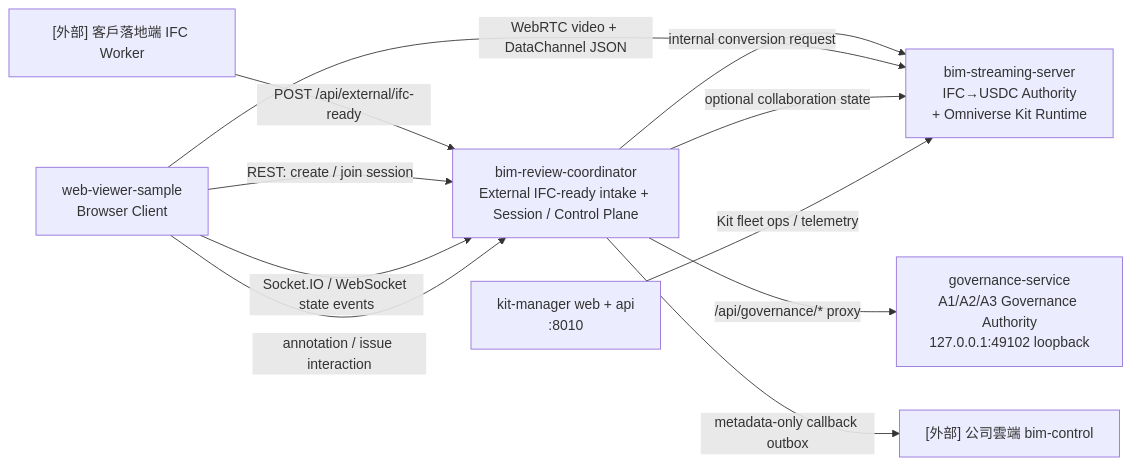
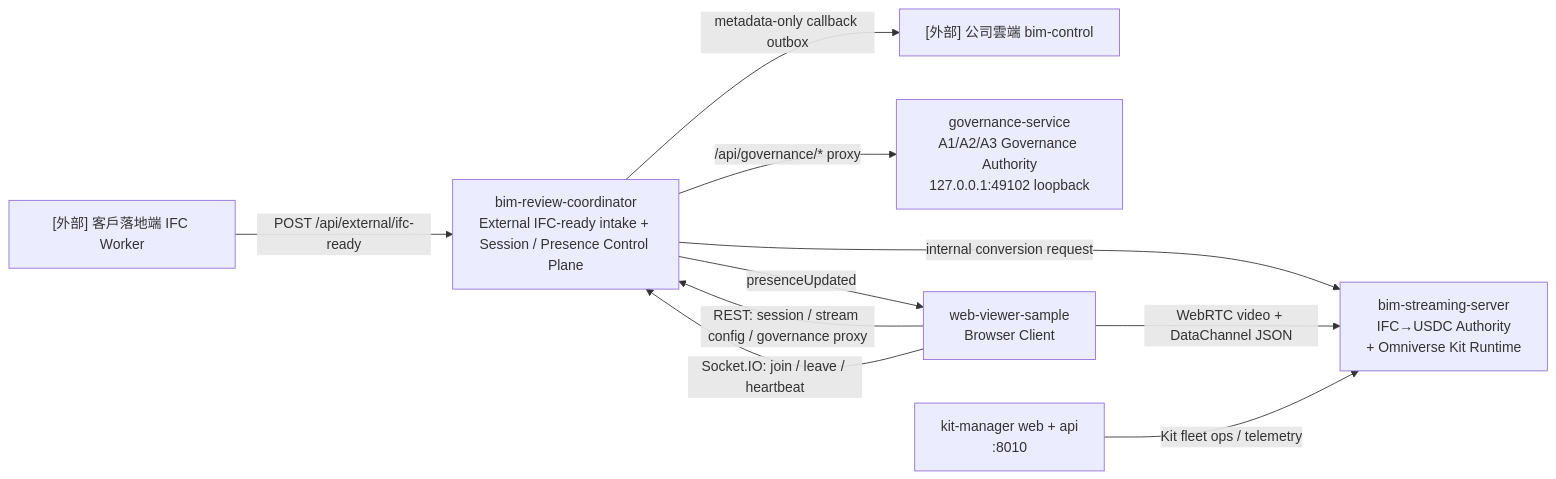
One commit to monkey1sai/AI-BIM-governance changed the second of 2 diagrams in docs/agents/repo-boundary-detail.md. Above: the diagram before and after it, drawn with Mermaid. The commit also changed other lines of this file and 66 other files, not shown here.

````diff
--- a/docs/agents/repo-boundary-detail.md
+++ b/docs/agents/repo-boundary-detail.md
@@ -103,21 +103,20 @@
 ```mermaid
 flowchart LR
     EDGE["[外部] 客戶落地端 IFC Worker"]
     CLOUD["[外部] 公司雲端 bim-control"]
-    CO["bim-review-coordinator\nExternal IFC-ready intake + Session / Control Plane"]
+    CO["bim-review-coordinator\nExternal IFC-ready intake + Session / Presence Control Plane"]
     KIT["bim-streaming-server\nIFC→USDC Authority\n+ Omniverse Kit Runtime"]
     GOV["governance-service\nA1/A2/A3 Governance Authority\n127.0.0.1:49102 loopback"]
     WV["web-viewer-sample\nBrowser Client"]
     KM["kit-manager web + api\n:8010"]
 
     EDGE -->|POST /api/external/ifc-ready| CO
     CO -->|internal conversion request| KIT
     CO -->|/api/governance/* proxy| GOV
     CO -->|metadata-only callback outbox| CLOUD
-    WV -->|REST: create / join session| CO
+    WV -->|REST: session / stream config / governance proxy| CO
     WV -->|WebRTC video + DataChannel JSON| KIT
-    WV -->|Socket.IO / WebSocket state events| CO
-    CO -->|optional collaboration state| KIT
-    WV -->|annotation / issue interaction| CO
+    WV -->|Socket.IO: join / leave / heartbeat| CO
+    CO -->|presenceUpdated| WV
     KM -->|Kit fleet ops / telemetry| KIT
 ```
````
